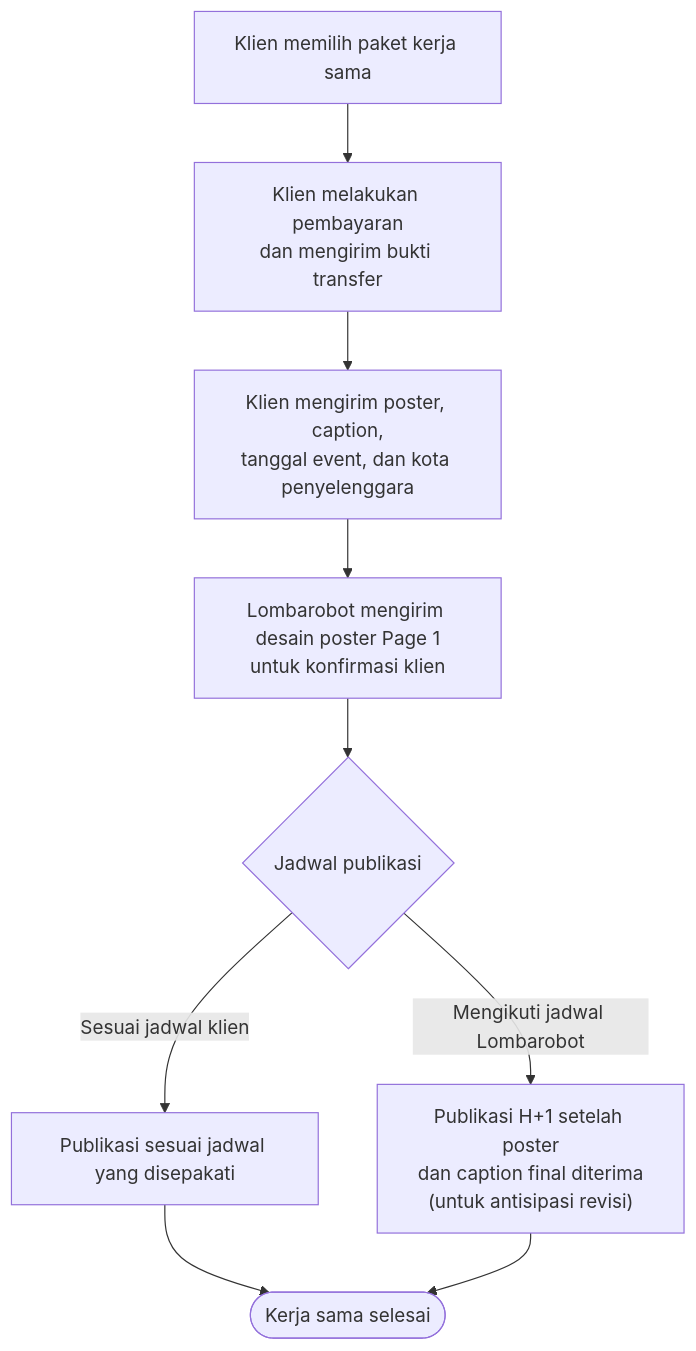
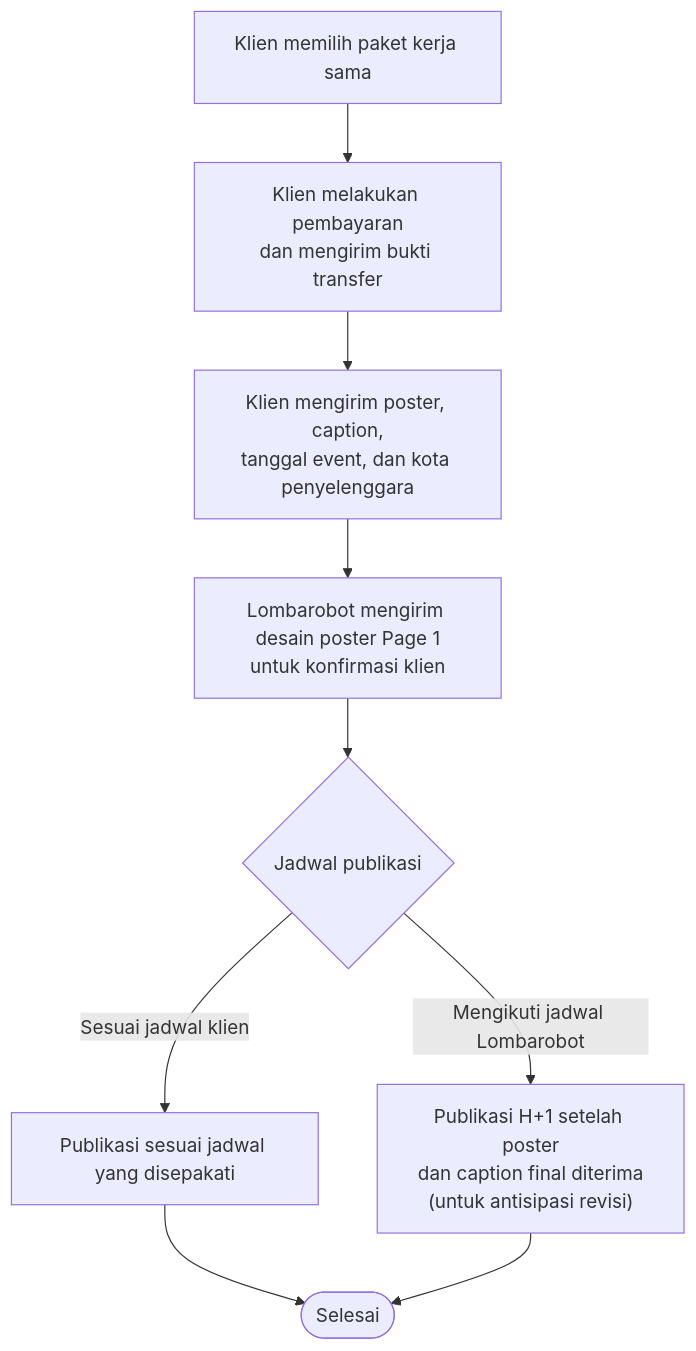
Before and after one commit to lombarobot/connect: the diagram in readme.md, drawn with Mermaid. The commit also changed other lines of this file, not shown here.

Commit message:
Add Platform lain

````diff
--- a/readme.md
+++ b/readme.md
@@ -91,12 +92,12 @@
 ```mermaid
 flowchart TD
     B["Klien memilih paket kerja sama"]
     B --> C["Klien melakukan pembayaran<br/>dan mengirim bukti transfer"]
     C --> D["Klien mengirim poster, caption,<br/>tanggal event, dan kota penyelenggara"]
     D --> D2["Lombarobot mengirim desain poster Page 1<br/>untuk konfirmasi klien"]
     D2 --> E{"Jadwal publikasi"}
     E -->|"Sesuai jadwal klien"| F["Publikasi sesuai jadwal yang disepakati"]
     E -->|"Mengikuti jadwal Lombarobot"| G["Publikasi H+1 setelah poster<br/>dan caption final diterima<br/>(untuk antisipasi revisi)"]
-    F --> H(["Kerja sama selesai"])
+    F --> H(["Selesai"])
     G --> H
 ```
````
